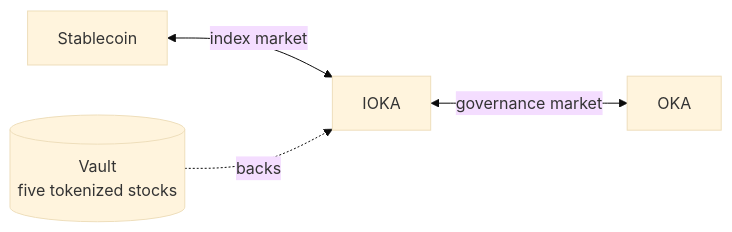
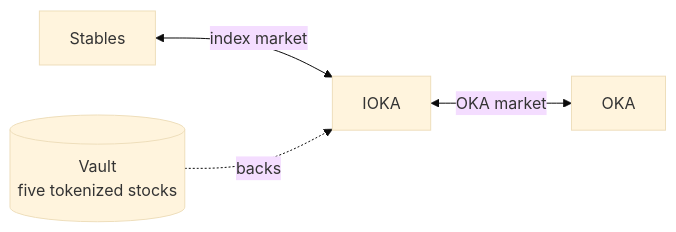
One commit to 8digitsLabs/docs changed the first of 3 diagrams in concepts/tokens.mdx. Above: the diagram before and after it, drawn with Mermaid (base theme). The commit also changed other lines of this file and 9 other files, not shown here.

````diff
--- a/concepts/tokens.mdx
+++ b/concepts/tokens.mdx
@@ -30,6 +24,6 @@
 ```mermaid
 flowchart LR
-  USDG[Stablecoin] <-->|"index market"| IOKA[IOKA]
-  IOKA <-->|"governance market"| OKA[OKA]
+  USDG[Stables] <-->|"index market"| IOKA[IOKA]
+  IOKA <-->|"OKA market"| OKA[OKA]
   VAULT[("Vault<br/>five tokenized stocks")] -.->|"backs"| IOKA
 ```
````
